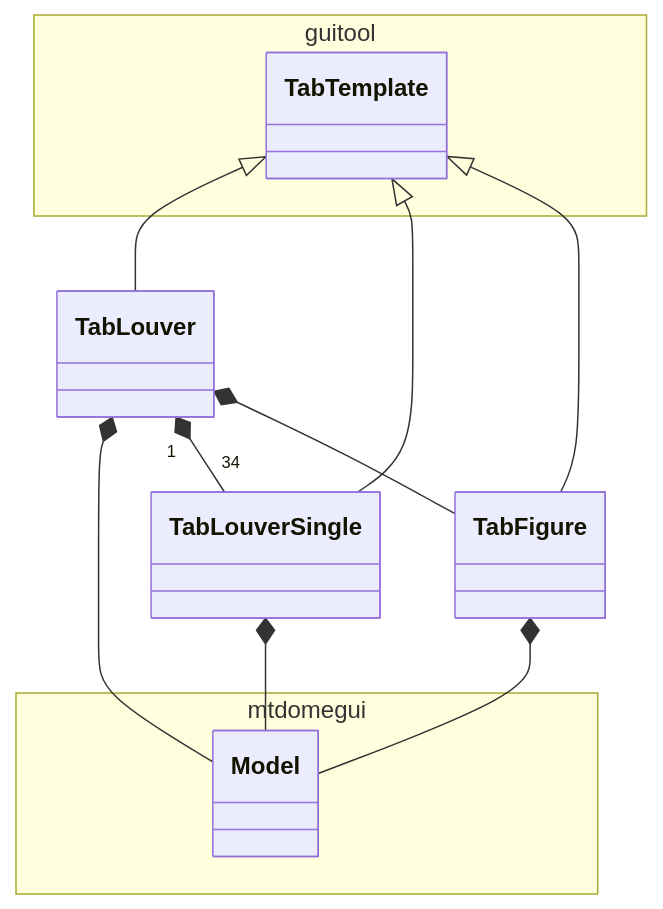
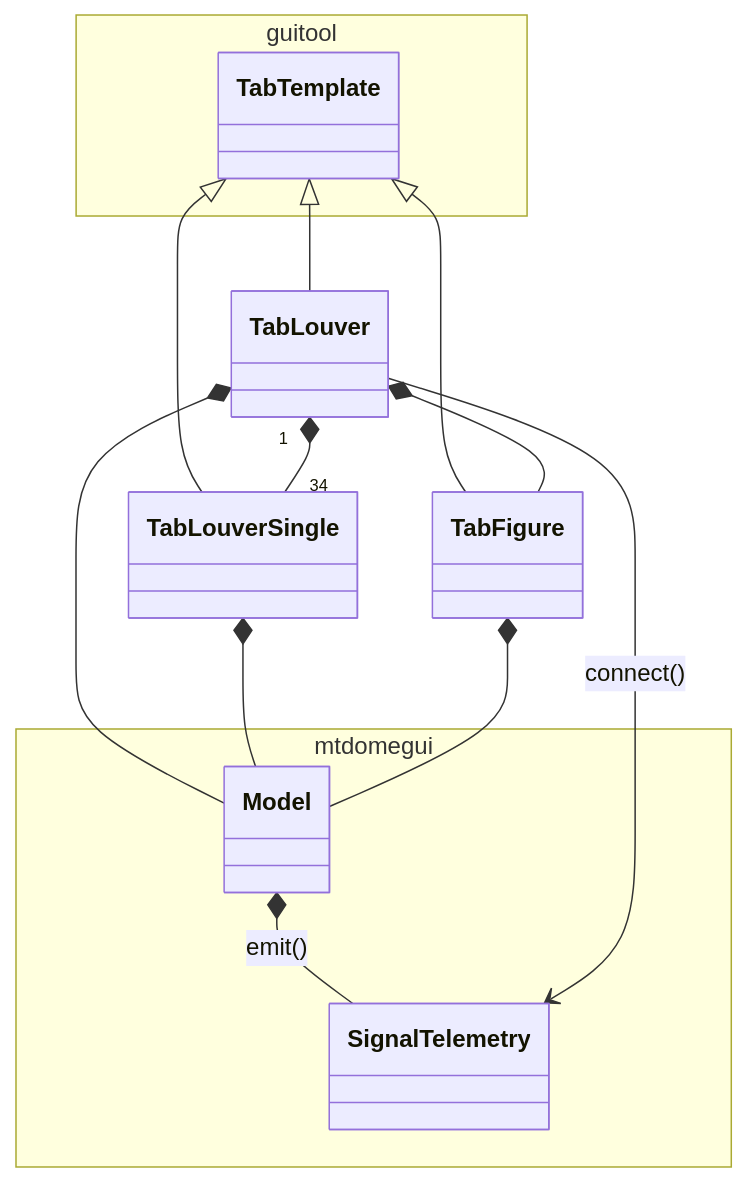
Before and after one commit to lsst-ts/ts_mtdomegui: the diagram in doc/uml/tab/class_tab_louver.mmd, drawn with Mermaid. The commit also changed 11 other files, not shown here.

```diff
--- a/doc/uml/tab/class_tab_louver.mmd
+++ b/doc/uml/tab/class_tab_louver.mmd
@@ -1,21 +1,25 @@
 classDiagram
 
 namespace guitool {
   class TabTemplate
 }
 
 namespace mtdomegui {
   class Model
+  class SignalTelemetry
 }
+
+Model *-- SignalTelemetry : emit()
 
 TabTemplate <|-- TabLouver
 TabTemplate <|-- TabLouverSingle
 TabTemplate <|-- TabFigure
 
 TabLouver *-- Model
 TabLouver "1" *-- "34" TabLouverSingle
 TabLouver *-- TabFigure
+TabLouver --> SignalTelemetry : connect()
 
 TabLouverSingle *-- Model
 
 TabFigure *-- Model
```
